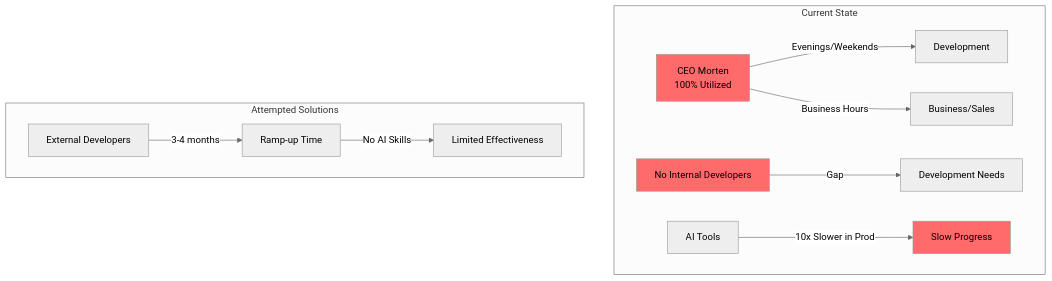
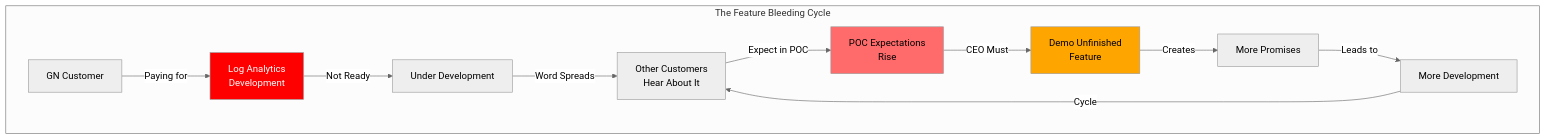
One commit to MortenSlotVinther/OmniTranscripts changed the fifth of 6 diagrams in processes/lead-to-cash/implementation-bottleneck-analysis.md. Above: the diagram before and after it, drawn with Mermaid (neutral theme). The commit also changed other lines of this file, not shown here.

````diff
--- a/processes/lead-to-cash/implementation-bottleneck-analysis.md
+++ b/processes/lead-to-cash/implementation-bottleneck-analysis.md
@@ -178,20 +192,17 @@
 ```mermaid
 graph TD
-    subgraph "Current State"
-        CEO[CEO Morten<br/>100% Utilized] -->|Evenings/Weekends| DEV[Development]
-        CEO -->|Business Hours| BIZ[Business/Sales]
-        
-        NORES[No Internal Developers] -->|Gap| NEED[Development Needs]
-        
-        AI[AI Tools] -->|10x Slower in Prod| SLOW[Slow Progress]
+    subgraph "The Feature Bleeding Cycle"
+        GN[GN Customer] -->|Paying for| LA[Log Analytics<br/>Development]
+        LA -->|Not Ready| DEV[Under Development]
+        DEV -->|Word Spreads| OTHER[Other Customers<br/>Hear About It]
+        OTHER -->|Expect in POC| EXPECT[POC Expectations<br/>Rise]
+        EXPECT -->|CEO Must| DEMO[Demo Unfinished<br/>Feature]
+        DEMO -->|Creates| PROMISE[More Promises]
+        PROMISE -->|Leads to| MORE[More Development]
+        MORE -->|Cycle| OTHER
     end
-
-    subgraph "Attempted Solutions"
-        EXT[External Developers] -->|3-4 months| RAMP[Ramp-up Time]
-        RAMP -->|No AI Skills| LIMITED[Limited Effectiveness]
-    end
-
-    style CEO fill:#ff6b6b
-    style NORES fill:#ff6b6b
-    style SLOW fill:#ff6b6b
+    
+    style LA fill:#ff0000,color:#fff
+    style EXPECT fill:#ff6b6b
+    style DEMO fill:#ffa500
 ```
````
